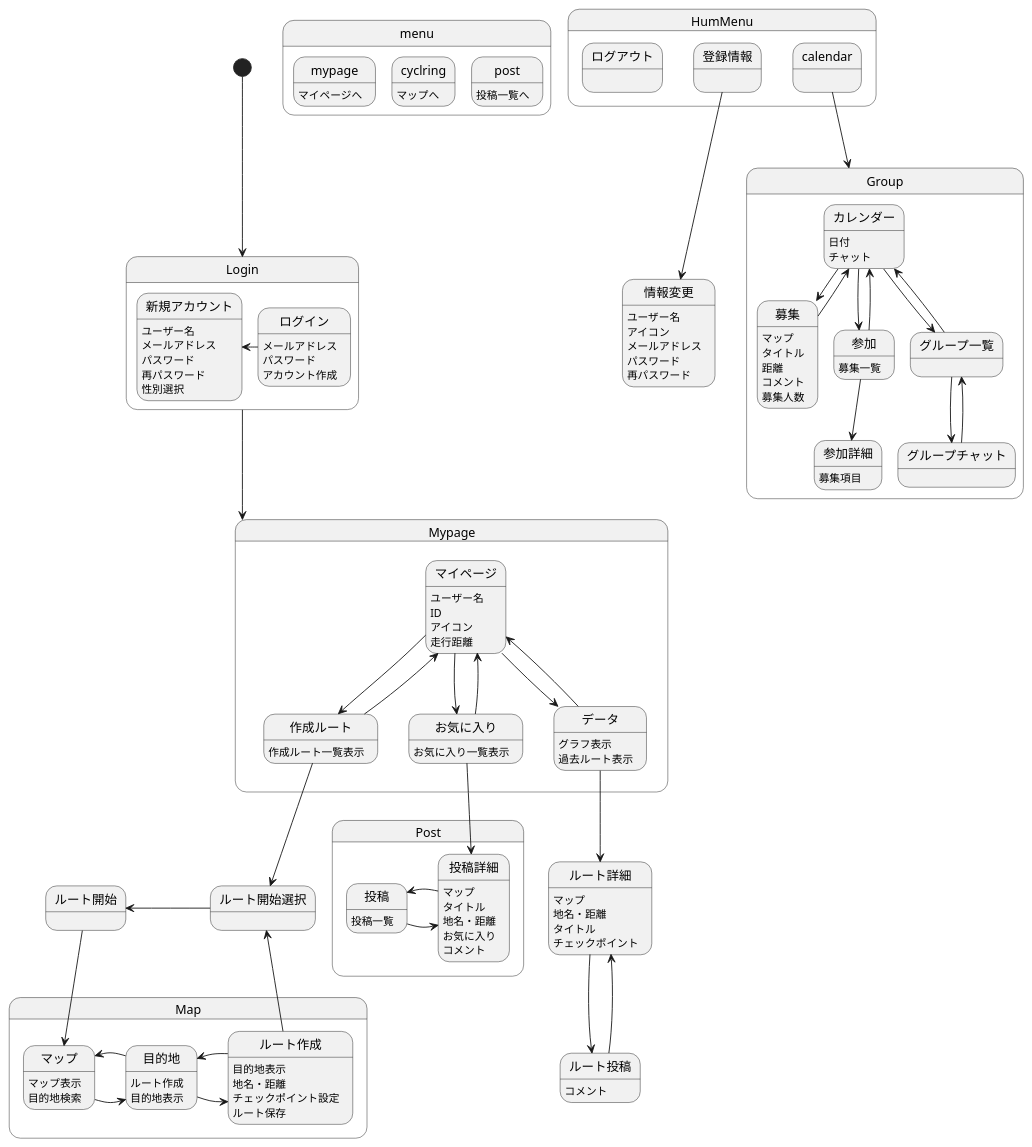
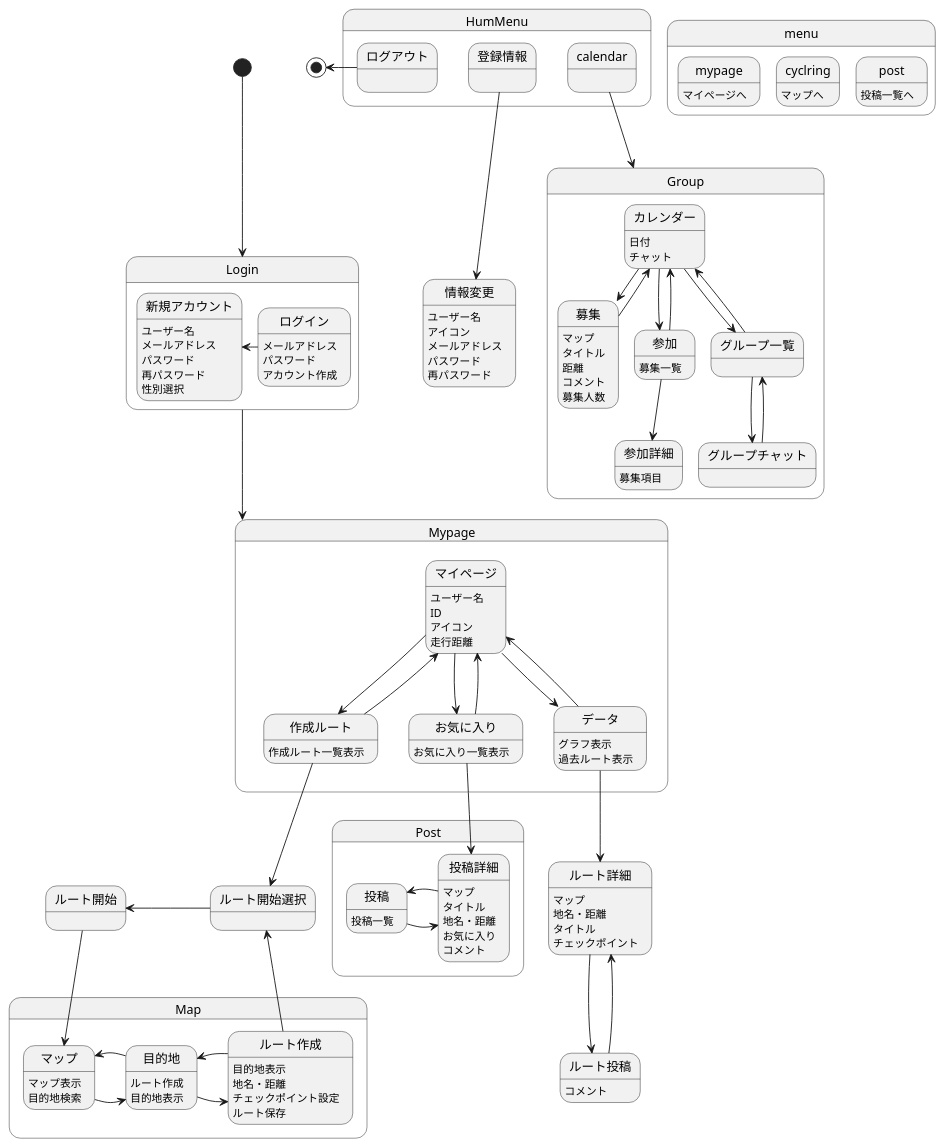
The diagram in 画面遷移図/gm.md (AsoSD3A3/CyclingSystem), drawn with PlantUML before and after one commit.

```diff
--- a/画面遷移図/gm.md
+++ b/画面遷移図/gm.md
@@ -20,6 +20,7 @@
 情報変更:パスワード
 情報変更:再パスワード
 calendar-down->Group
+ログアウト-left->[*]
 
 
 state Group{
```
